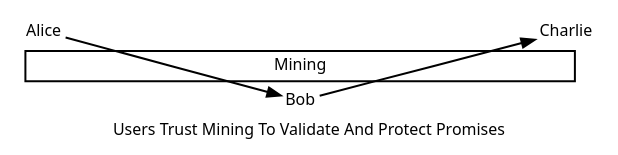
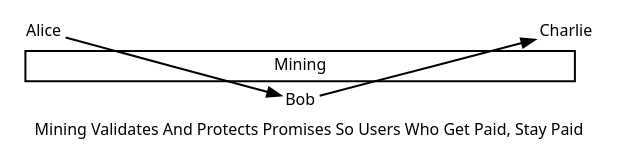
Before and after one commit to rsogllc/GNT: the diagram in img/mining/en-mining-validation.dot, drawn with Graphviz. The commit also changed 1 other file, not shown here.

```diff
--- a/img/mining/en-mining-validation.dot
+++ b/img/mining/en-mining-validation.dot
@@ -1,54 +1,55 @@
 digraph {
 
 size=6.25;
 rankdir=TB
 //splines = ortho;
 splines = false;
 ranksep = 0.1;
 nodesep = 5.5;
 fontsize = 30;
 
 edge [ penwidth = 3.75, arrowsize = 2.5, fontname="Sans" ]
 node [ penwidth = 1.75, shape = "box", fontname="Sans", shape = "none", fontsize = 30 ]
 graph [ penwidth = 0, fontname="Sans" ]
 
 subgraph cluster_top {
     charlie [ label = "Charlie" ];
     bob0 [ style = "invis" ];
     alice [ label = "Alice" ];
 }
 
 subgraph cluster_bottom {
     bob [ label = "Bob" ];
 }
 
 {
 edge [ style = "invis" ];
 alice -> a;
 a -> bob;
 c -> bob;
 c -> charlie;
 bob0 -> b;
 }
 
 alice -> bob [ constraint = false ];
 bob -> charlie [ constraint = false ];
 
 
 
 subgraph cluster_mining {
     node [ width = 0, height = 0 ];
     graph [ penwidth = 3.75 ];
     b [ label = "Mining" ];
     //b [ label = "Mining", style = "invis" ];
     a [ style = "invis" ];
     c [ style = "invis" ];
 
 
     //a -> b -> c;
 }
 
 
-label = "Users Trust Mining To Validate And Protect Promises"
+label = "Mining Validates And Protects Promises So Users Who Get Paid, Stay Paid"
+//label = "Users Trust Mining To Validate And Protect Promises"
 //label = "Users Sign Promises To Give Control Over Bitcoins To Someone Else"
 }
```
